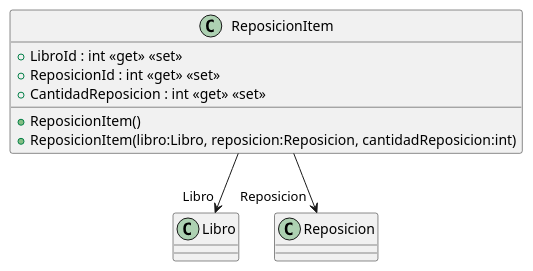
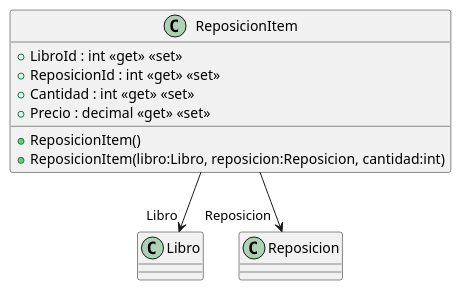
The diagram in src/AppForSEII.API/ClassDiagram/ReposicionItem.puml (ISII2627DDNProject/ISII2627DDNProject), drawn with PlantUML before and after one commit. The commit also changed 3 other files, not shown here.

```diff
--- a/src/AppForSEII.API/ClassDiagram/ReposicionItem.puml
+++ b/src/AppForSEII.API/ClassDiagram/ReposicionItem.puml
@@ -1,11 +1,12 @@
 @startuml
 class ReposicionItem {
     + ReposicionItem()
-    + ReposicionItem(libro:Libro, reposicion:Reposicion, cantidadReposicion:int)
+    + ReposicionItem(libro:Libro, reposicion:Reposicion, cantidad:int)
     + LibroId : int <<get>> <<set>>
     + ReposicionId : int <<get>> <<set>>
-    + CantidadReposicion : int <<get>> <<set>>
+    + Cantidad : int <<get>> <<set>>
+    + Precio : decimal <<get>> <<set>>
 }
 ReposicionItem --> "Libro" Libro
 ReposicionItem --> "Reposicion" Reposicion
 @enduml
```
